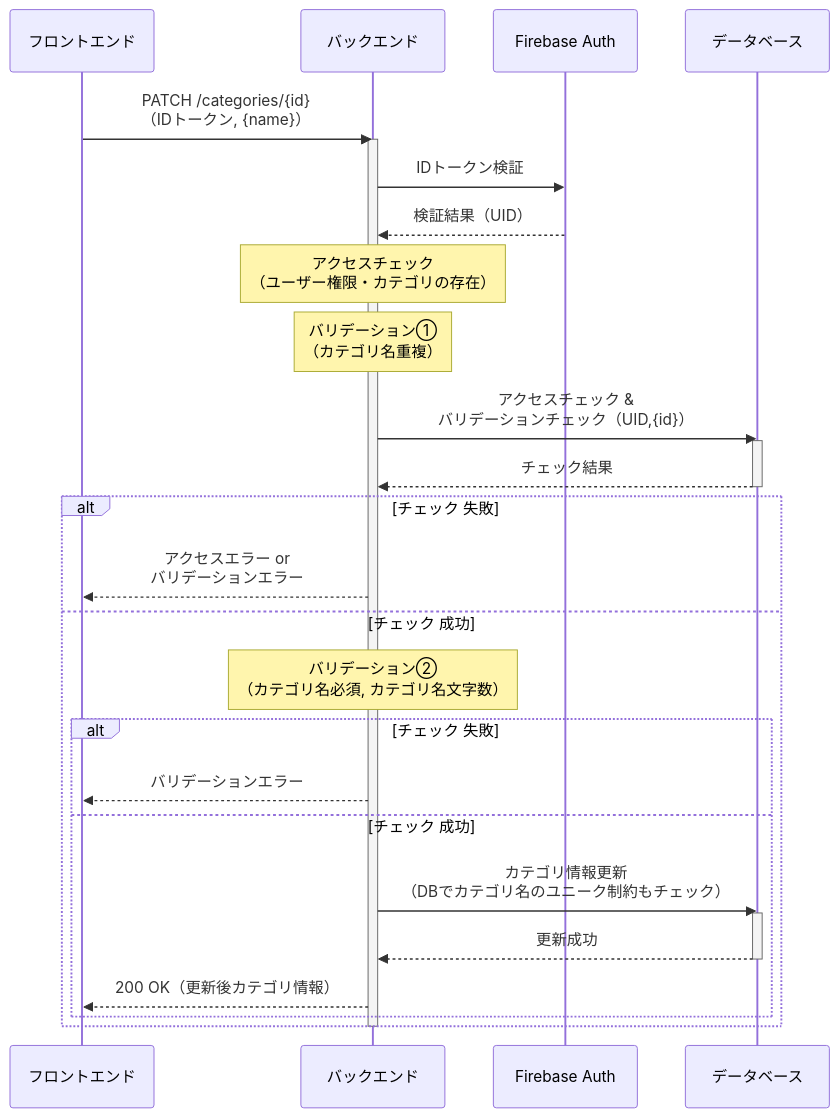
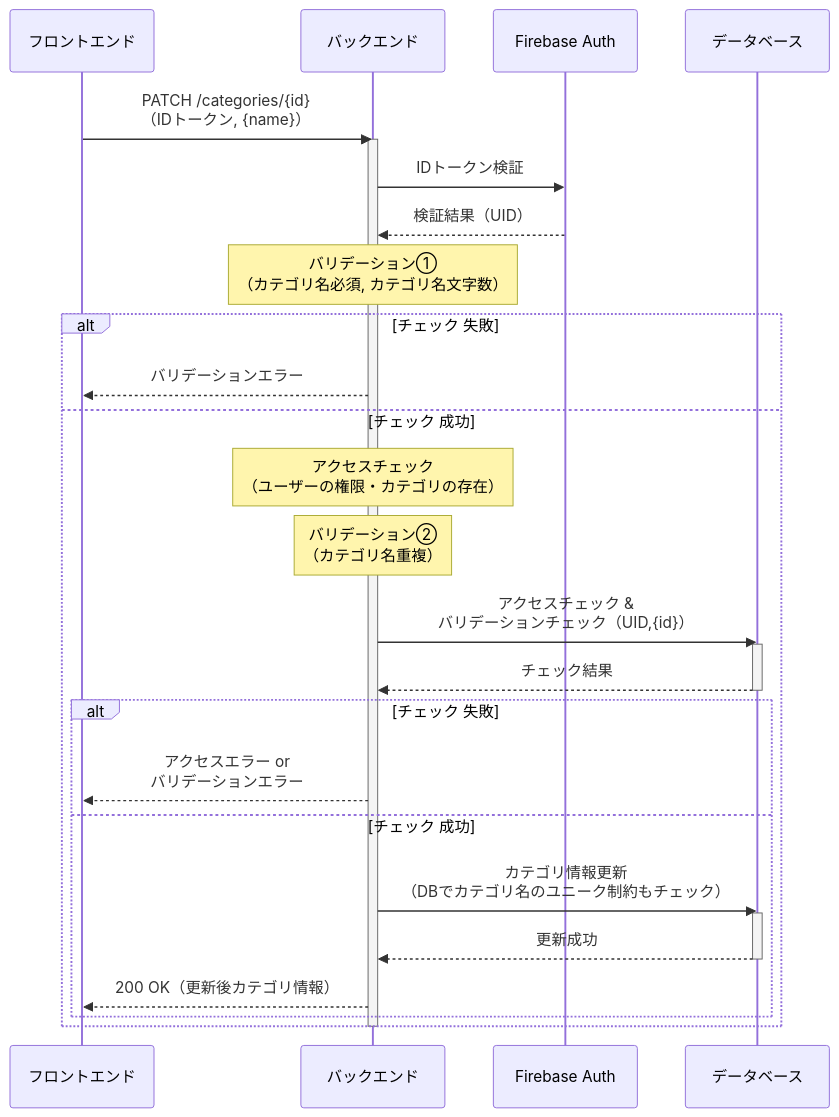
Before and after one commit to miki-hayashi-71/inventory-api: the fourth of 9 diagrams in doc/seaquence.md, drawn with Mermaid. The commit also changed other lines of this file, not shown here.

Commit message:
docs: Update sequence diagram

````diff
--- a/doc/seaquence.md
+++ b/doc/seaquence.md
@@ -104,36 +104,36 @@
 ```mermaid
 sequenceDiagram
     participant フロントエンド
     participant バックエンド
     participant Firebase Auth
     participant データベース
 
     フロントエンド->>バックエンド: PATCH /categories/{id} <br>（IDトークン, {name}）
     activate バックエンド
     バックエンド->>Firebase Auth: IDトークン検証
     Firebase Auth-->>バックエンド: 検証結果（UID）
 
-    note over バックエンド: アクセスチェック <br>（ユーザー権限・カテゴリの存在）
-    note over バックエンド: バリデーション① <br>（カテゴリ名重複）
-    バックエンド->>データベース: アクセスチェック & <br>バリデーションチェック（UID,{id}）
-    activate データベース
-    データベース-->>バックエンド: チェック結果
-    deactivate データベース
+    note over バックエンド: バリデーション①  <br>（カテゴリ名必須, カテゴリ名文字数）
 
     alt チェック 失敗
-        バックエンド-->>フロントエンド: アクセスエラー or <br>バリデーションエラー
+        バックエンド-->>フロントエンド: バリデーションエラー
     else チェック 成功
-        note over バックエンド: バリデーション② <br>（カテゴリ名必須, カテゴリ名文字数）
-        
+        note over バックエンド: アクセスチェック <br>（ユーザーの権限・カテゴリの存在）
+        note over バックエンド: バリデーション② <br>（カテゴリ名重複）
+        バックエンド->>データベース: アクセスチェック & <br>バリデーションチェック（UID,{id}）
+        activate データベース
+        データベース-->>バックエンド: チェック結果
+        deactivate データベース
+
         alt チェック 失敗
-            バックエンド-->>フロントエンド: バリデーションエラー
+            バックエンド-->>フロントエンド: アクセスエラー or <br>バリデーションエラー
         else チェック 成功
             バックエンド->>データベース: カテゴリ情報更新 <br>（DBでカテゴリ名のユニーク制約もチェック）
             activate データベース
             データベース-->>バックエンド: 更新成功
             deactivate データベース
             バックエンド-->>フロントエンド: 200 OK（更新後カテゴリ情報）
         end
     end
     deactivate バックエンド
 ```
````
